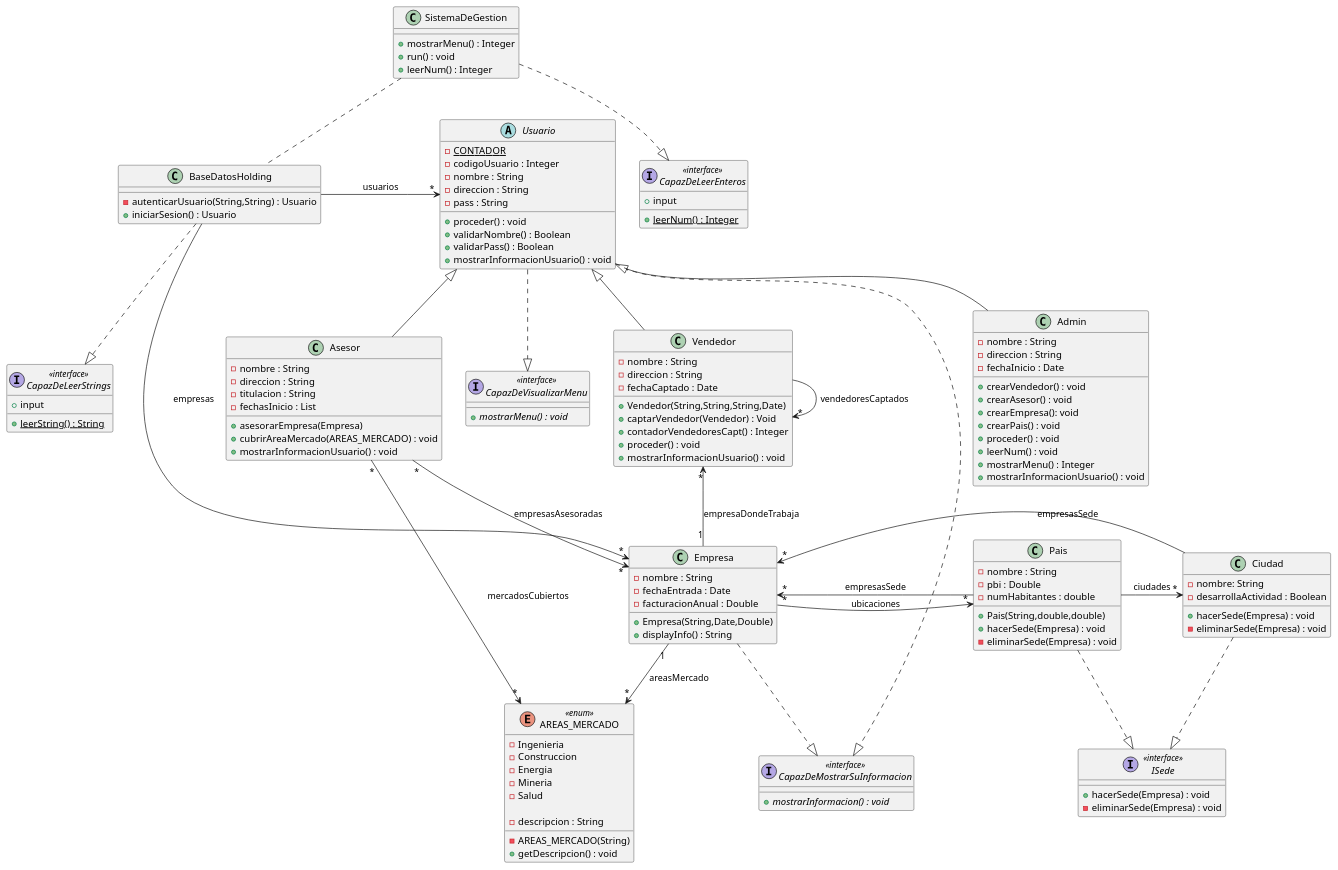
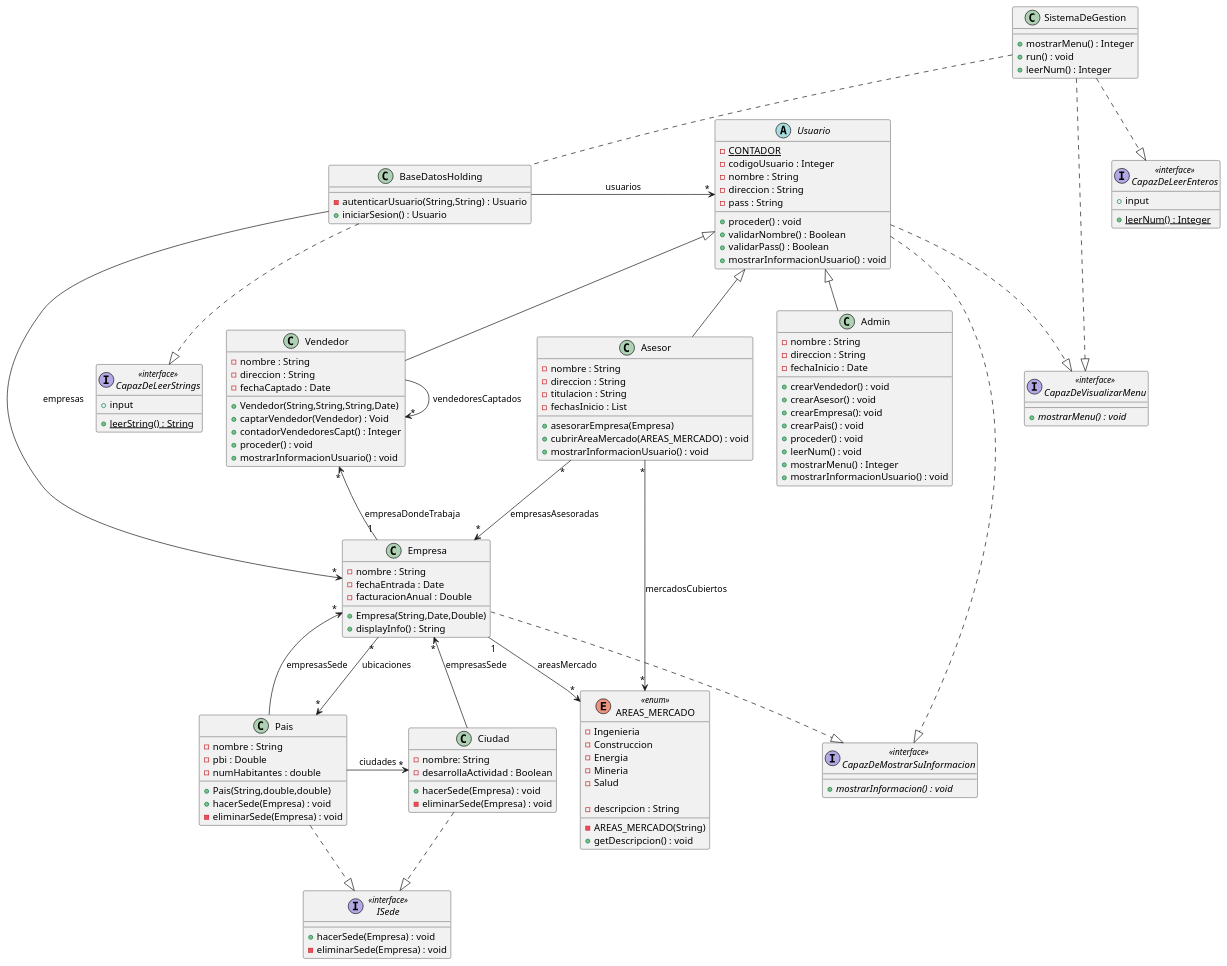
Before and after one commit to maxi-stein/Proyecto-Programacion-2: the diagram in proyecto-programacion2/src/holding/diagrama-de-clases.puml, drawn with PlantUML.

Commit message:
Modificacion Diagrama

```diff
--- a/proyecto-programacion2/src/holding/diagrama-de-clases.puml
+++ b/proyecto-programacion2/src/holding/diagrama-de-clases.puml
@@ -1,148 +1,149 @@
 @startuml
 class SistemaDeGestion{
 +mostrarMenu() : Integer
 +run() : void
 +leerNum() : Integer
 }
 
 class BaseDatosHolding{
 -autenticarUsuario(String,String) : Usuario
 +iniciarSesion() : Usuario
 }
 
 abstract Usuario{
 -{static} CONTADOR
 -codigoUsuario : Integer
 -nombre : String
 -direccion : String
 -pass : String
 
 +proceder() : void
 +validarNombre() : Boolean
 +validarPass() : Boolean
 +mostrarInformacionUsuario() : void
 }
 
 class Vendedor extends Usuario{
     -nombre : String
     -direccion : String
     -fechaCaptado : Date
     +Vendedor(String,String,String,Date)
     +captarVendedor(Vendedor) : Void
     +contadorVendedoresCapt() : Integer
     +proceder() : void
     +mostrarInformacionUsuario() : void
 
 }
 
 class Empresa{
     -nombre : String
     -fechaEntrada : Date
     -facturacionAnual : Double
     +Empresa(String,Date,Double)
     +displayInfo() : String
 }
 
 enum  AREAS_MERCADO <<enum>> {
     -Ingenieria
     -Construccion
     -Energia
     -Mineria
     -Salud
 
     -descripcion : String
 
     -AREAS_MERCADO(String)
     +getDescripcion() : void
 
 }
 
 class Pais{
     -nombre : String
     -pbi : Double
     -numHabitantes : double
 
     +Pais(String,double,double)
     +hacerSede(Empresa) : void
     -eliminarSede(Empresa) : void
 }
 
 class Ciudad{
     -nombre: String
     -desarrollaActividad : Boolean
 
     +hacerSede(Empresa) : void
     -eliminarSede(Empresa) : void
 }
 
 interface ISede <<interface>>{
     +hacerSede(Empresa) : void
     -eliminarSede(Empresa) : void
 }
 
 interface CapazDeLeerEnteros <<interface>>{
     +input
     +{static} leerNum() : Integer
 }
 
 interface CapazDeLeerStrings <<interface>>{
     +input
     +{static} leerString() : String
 }
 
 interface CapazDeVisualizarMenu <<interface>>{
     +{abstract} mostrarMenu() : void
 }
 
 interface CapazDeMostrarSuInformacion <<interface>>{
     +{abstract} mostrarInformacion() : void
 }
 
 class Asesor extends Usuario{
 -nombre : String
 -direccion : String
 -titulacion : String
 -fechasInicio : List
 +asesorarEmpresa(Empresa)
 +cubrirAreaMercado(AREAS_MERCADO) : void
 +mostrarInformacionUsuario() : void
 
 }
 
 class Admin extends Usuario{
 -nombre : String
 -direccion : String
 -fechaInicio : Date
 +crearVendedor() : void
 +crearAsesor() : void
 +crearEmpresa(): void
 +crearPais() : void
 +proceder() : void
 +leerNum() : void
 +mostrarMenu() : Integer
 +mostrarInformacionUsuario() : void
 }
 
 
 SistemaDeGestion -. BaseDatosHolding
 SistemaDeGestion -.|> CapazDeLeerEnteros
+SistemaDeGestion -.|> CapazDeVisualizarMenu
 BaseDatosHolding -> "*" Usuario : usuarios
 BaseDatosHolding -> "*" Empresa : empresas
 BaseDatosHolding -.|> CapazDeLeerStrings
 Usuario -.|> CapazDeVisualizarMenu
 Usuario -.|> CapazDeMostrarSuInformacion
 Vendedor "*"<-- "1" Empresa : empresaDondeTrabaja
 Vendedor -> "*" Vendedor : vendedoresCaptados
 Empresa "1"--> "*" AREAS_MERCADO : areasMercado
 Empresa "*" --> "*" Pais : ubicaciones
 Empresa -.|> CapazDeMostrarSuInformacion
 Pais -> "*" Ciudad : ciudades
 Pais -.|> ISede
-Pais -> "*" Empresa : empresasSede
+Pais --> "*" Empresa : empresasSede
 Ciudad -.|> ISede
-Ciudad -> "*" Empresa : empresasSede
+Ciudad --> "*" Empresa : empresasSede
 Asesor "*"--> "*" AREAS_MERCADO : mercadosCubiertos
 Asesor "*" --> "*" Empresa : empresasAsesoradas
 
 
 @enduml
```
